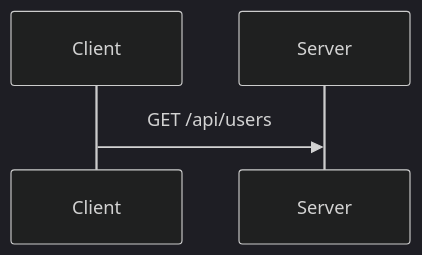
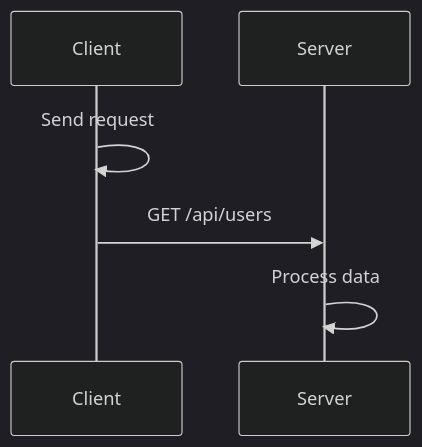
One commit to JulioCRFilho/mad changed the second of 5 diagrams in .agents/skills/mad/SKILL.md. Above: the diagram before and after it, drawn with Mermaid (dark theme). The commit also changed other lines of this file, not shown here.

````diff
--- a/.agents/skills/mad/SKILL.md
+++ b/.agents/skills/mad/SKILL.md
@@ -123,6 +123,8 @@
 ```mermaid
 sequenceDiagram
     participant Client
     participant Server
+    Client->>Client: Send request
     Client->>Server: GET /api/users
+    Server->>Server: Process data
 ```
````
